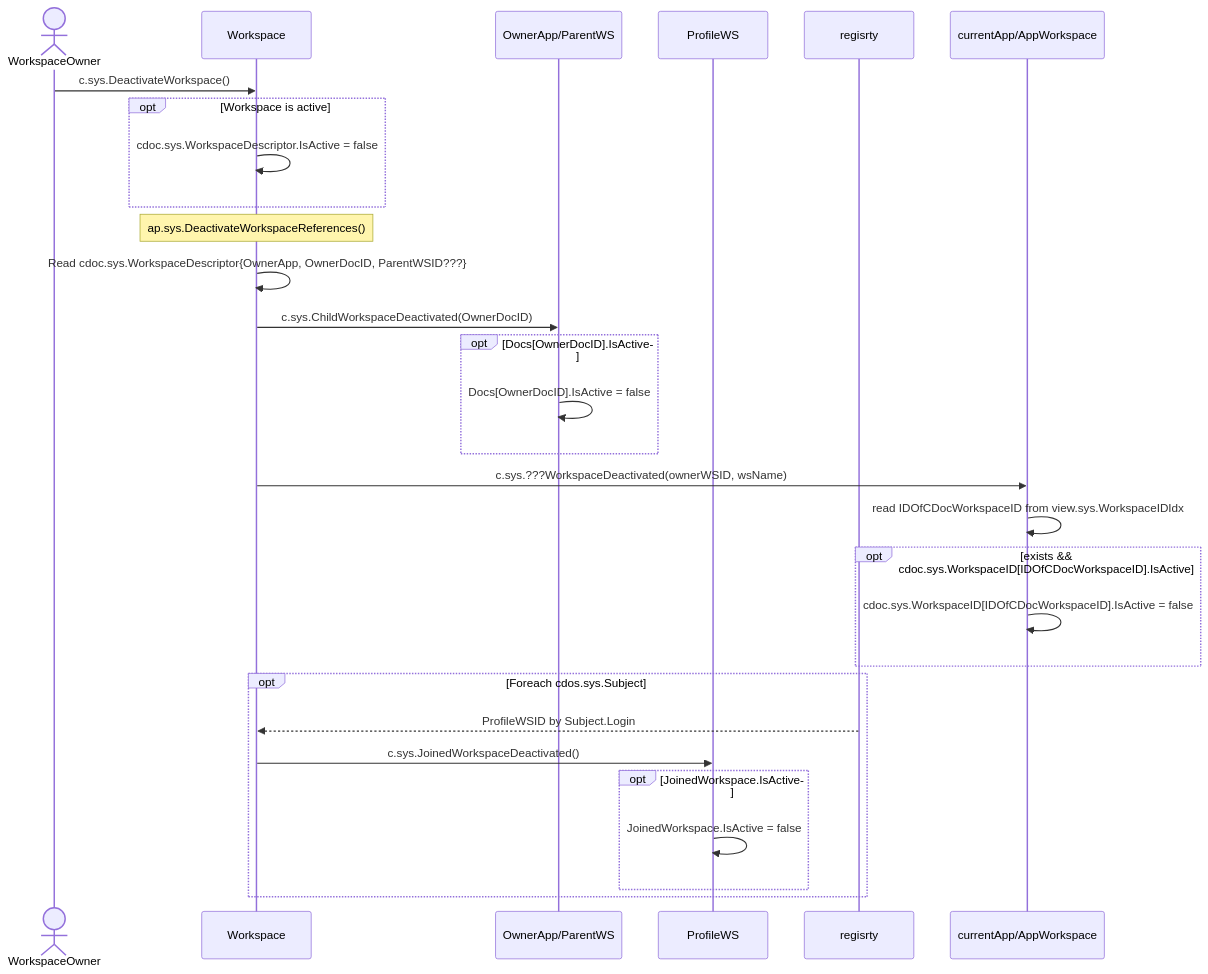
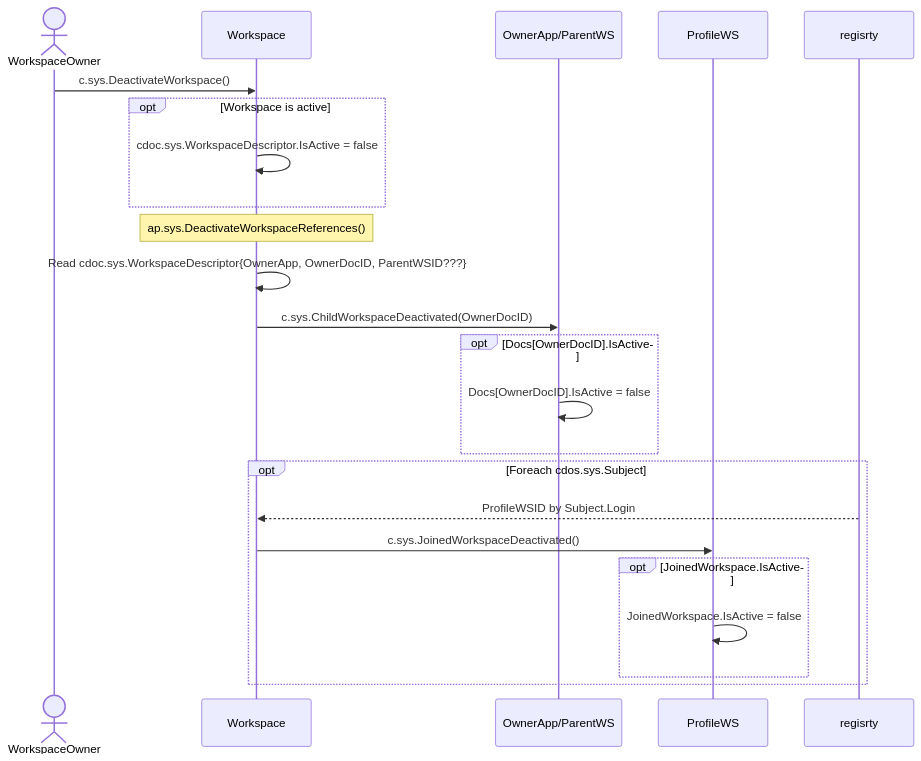
One commit to voedger/voedger changed the diagram in design/workspaces/deactivate-workspace.md. Above: the diagram before and after it, drawn with Mermaid.

````diff
--- a/design/workspaces/deactivate-workspace.md
+++ b/design/workspaces/deactivate-workspace.md
@@ -19,38 +19,37 @@
 ```mermaid
     sequenceDiagram
 
     actor owner as WorkspaceOwner
     participant ws as Workspace
     participant parent as OwnerApp/ParentWS
     participant profile as ProfileWS
     participant registry as regisrty
-    participant appws as currentApp/AppWorkspace
 
     owner ->> ws: c.sys.DeactivateWorkspace()
     opt Workspace is active
         ws ->> ws: cdoc.sys.WorkspaceDescriptor.IsActive = false
     end
 
     note over ws: ap.sys.DeactivateWorkspaceReferences()
     ws ->> ws: Read cdoc.sys.WorkspaceDescriptor{OwnerApp, OwnerDocID, ParentWSID???}
 
     ws ->> parent: c.sys.ChildWorkspaceDeactivated(OwnerDocID)
 
     opt Docs[OwnerDocID].IsActive
       parent ->> parent: Docs[OwnerDocID].IsActive = false
     end
 
-    ws ->> appws: c.sys.???WorkspaceDeactivated(ownerWSID, wsName)
-    appws ->> appws: read IDOfCDocWorkspaceID from view.sys.WorkspaceIDIdx
-    opt exists && cdoc.sys.WorkspaceID[IDOfCDocWorkspaceID].IsActive
-      appws ->> appws: cdoc.sys.WorkspaceID[IDOfCDocWorkspaceID].IsActive = false
-    end
-
     opt Foreach cdos.sys.Subject
         registry -->> ws : ProfileWSID by Subject.Login
         ws ->> profile: c.sys.JoinedWorkspaceDeactivated()
         opt JoinedWorkspace.IsActive
           profile ->> profile: JoinedWorkspace.IsActive = false
         end
     end
+
+
+
+
+
+
 ```
````
